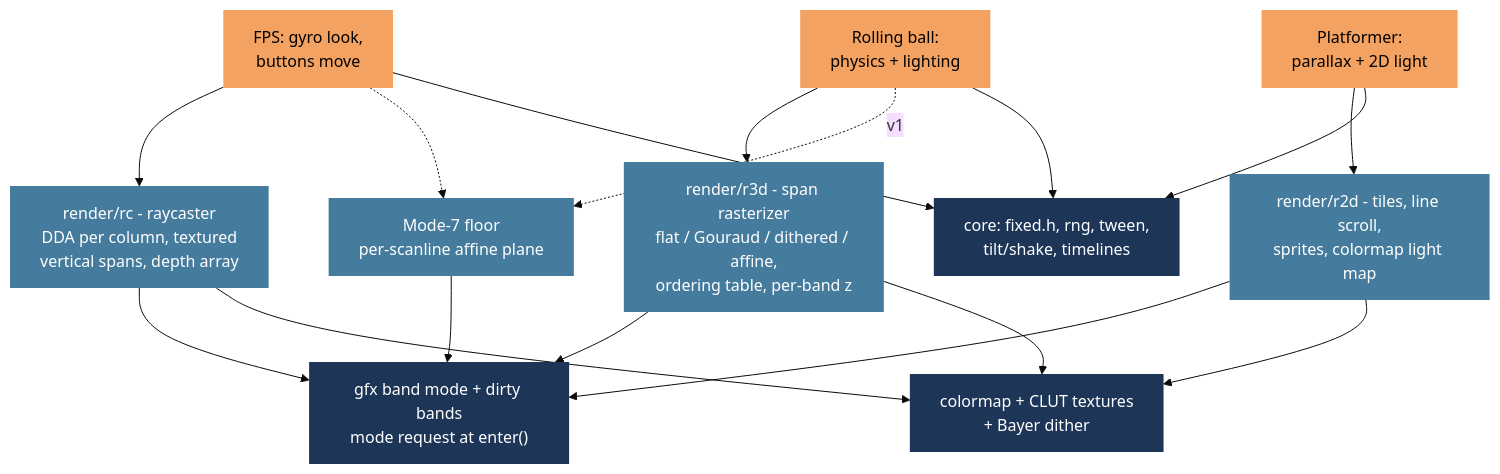
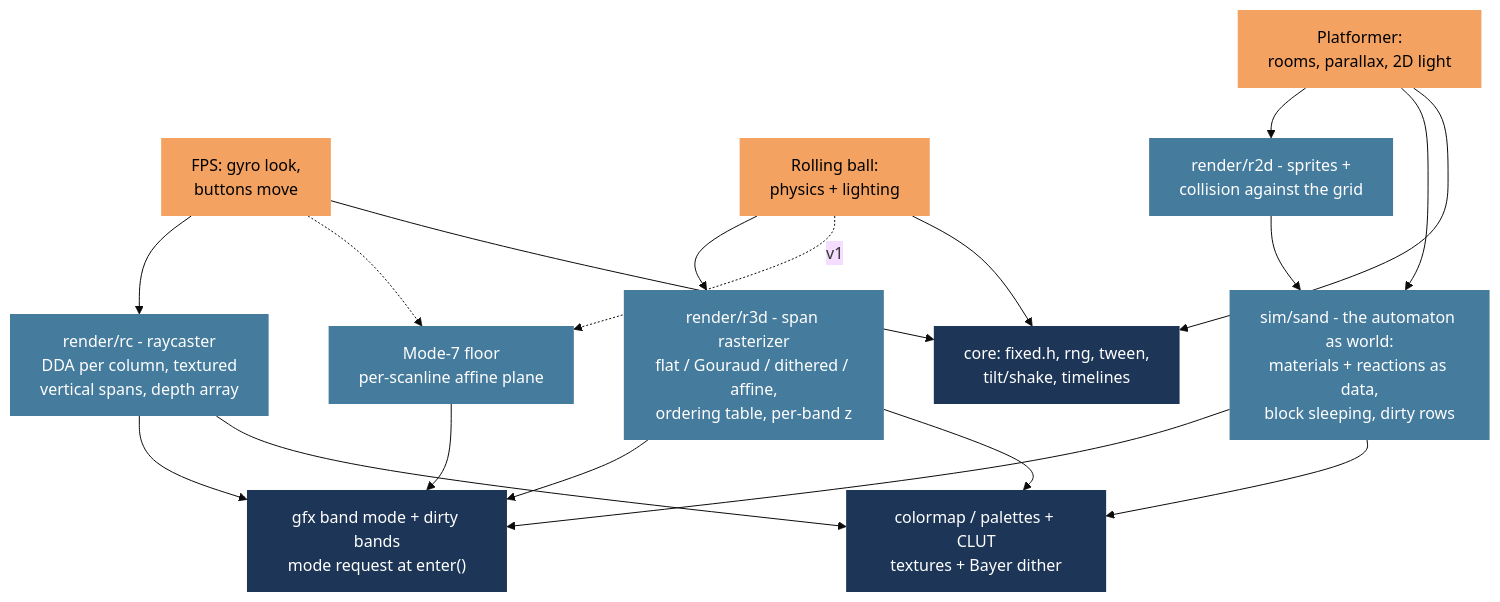
The second of 2 diagrams in docs/Autana-Rendering-Roadmap.md (jose-villegas/esp32-c6-dev), drawn with Mermaid (base theme) before and after one commit. The commit also changed other lines of this file, not shown here.

First line of the commit message:
Run the platformer on the sand automaton

````diff
--- a/docs/Autana-Rendering-Roadmap.md
+++ b/docs/Autana-Rendering-Roadmap.md
@@ -116,35 +122,38 @@
 ```mermaid
 flowchart TB
   classDef game fill:#f4a261,color:#000,stroke:none
   classDef r fill:#457b9d,color:#fff,stroke:none
   classDef core fill:#1d3557,color:#fff,stroke:none
 
   FPS["FPS: gyro look,<br/>buttons move"]:::game
   BALL["Rolling ball:<br/>physics + lighting"]:::game
-  PLAT["Platformer:<br/>parallax + 2D light"]:::game
+  PLAT["Platformer:<br/>rooms, parallax, 2D light"]:::game
 
   RC["render/rc - raycaster<br/>DDA per column, textured<br/>vertical spans, depth array"]:::r
   R3D["render/r3d - span rasterizer<br/>flat / Gouraud / dithered / affine,<br/>ordering table, per-band z"]:::r
   M7["Mode-7 floor<br/>per-scanline affine plane"]:::r
-  R2D["render/r2d - tiles, line scroll,<br/>sprites, colormap light map"]:::r
+  SPR["render/r2d - sprites +<br/>collision against the grid"]:::r
+  SIM["sim/sand - the automaton as world:<br/>materials + reactions as data,<br/>block sleeping, dirty rows"]:::r
 
   GFX["gfx band mode + dirty bands<br/>mode request at enter()"]:::core
-  CM["colormap + CLUT textures<br/>+ Bayer dither"]:::core
+  CM["colormap / palettes + CLUT<br/>textures + Bayer dither"]:::core
   FX["core: fixed.h, rng, tween,<br/>tilt/shake, timelines"]:::core
 
   FPS --> RC
   FPS -.-> M7
   BALL --> R3D
   BALL -.->|v1| M7
-  PLAT --> R2D
+  PLAT --> SPR
+  PLAT --> SIM
+  SPR --> SIM
   RC --> GFX
   R3D --> GFX
   M7 --> GFX
-  R2D --> GFX
+  SIM --> GFX
   RC --> CM
   R3D --> CM
-  R2D --> CM
+  SIM --> CM
   FPS --> FX
   BALL --> FX
   PLAT --> FX
 ```
````
